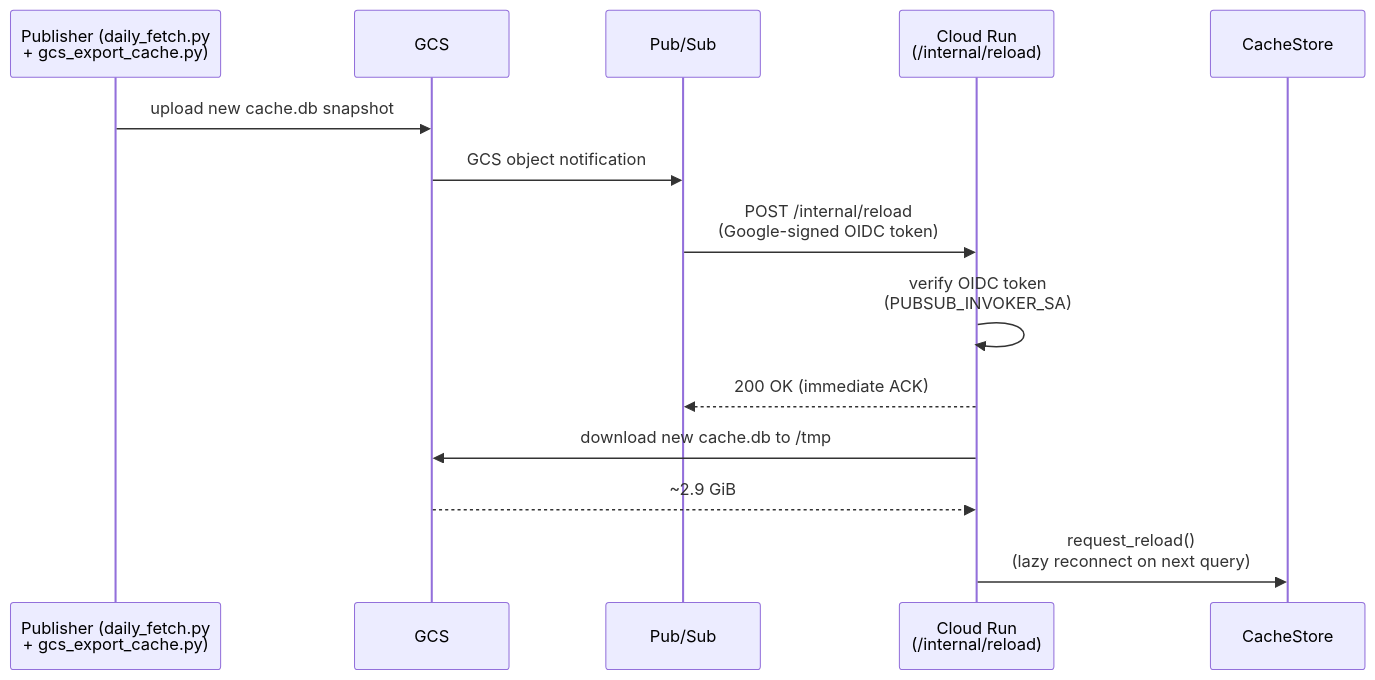
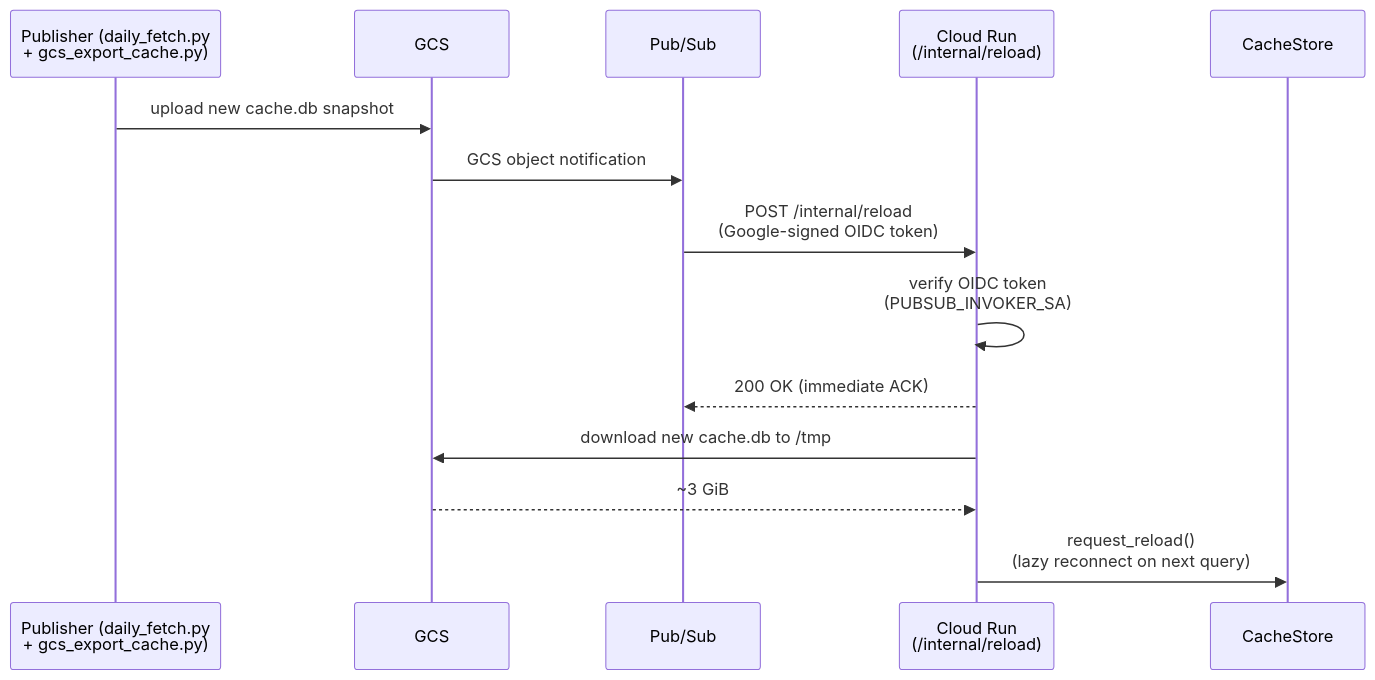
The third of 4 diagrams in README.md (shigechika/jquants-mcp), drawn with Mermaid before and after one commit. The commit also changed other lines of this file and 7 other files, not shown here.

````diff
--- a/README.md
+++ b/README.md
@@ -947,17 +947,17 @@
 ```mermaid
 sequenceDiagram
     participant P as Publisher (daily_fetch.py<br/>+ gcs_export_cache.py)
     participant G as GCS
     participant PS as Pub/Sub
     participant CR as Cloud Run<br/>(/internal/reload)
     participant C as CacheStore
 
     P->>G: upload new cache.db snapshot
     G->>PS: GCS object notification
     PS->>CR: POST /internal/reload<br/>(Google-signed OIDC token)
     CR->>CR: verify OIDC token<br/>(PUBSUB_INVOKER_SA)
     CR-->>PS: 200 OK (immediate ACK)
     CR->>G: download new cache.db to /tmp
-    G-->>CR: ~2.9 GiB
+    G-->>CR: ~3 GiB
     CR->>C: request_reload()<br/>(lazy reconnect on next query)
 ```
````
